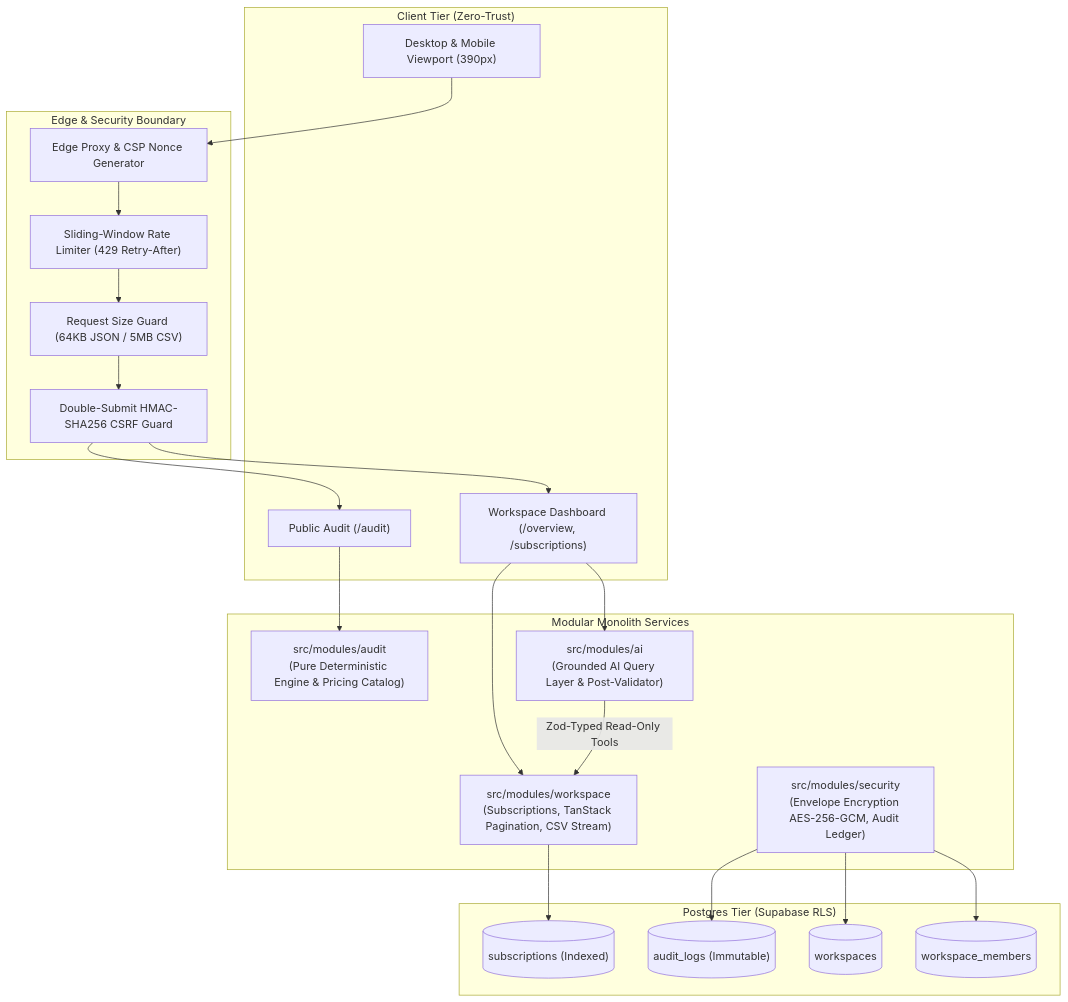
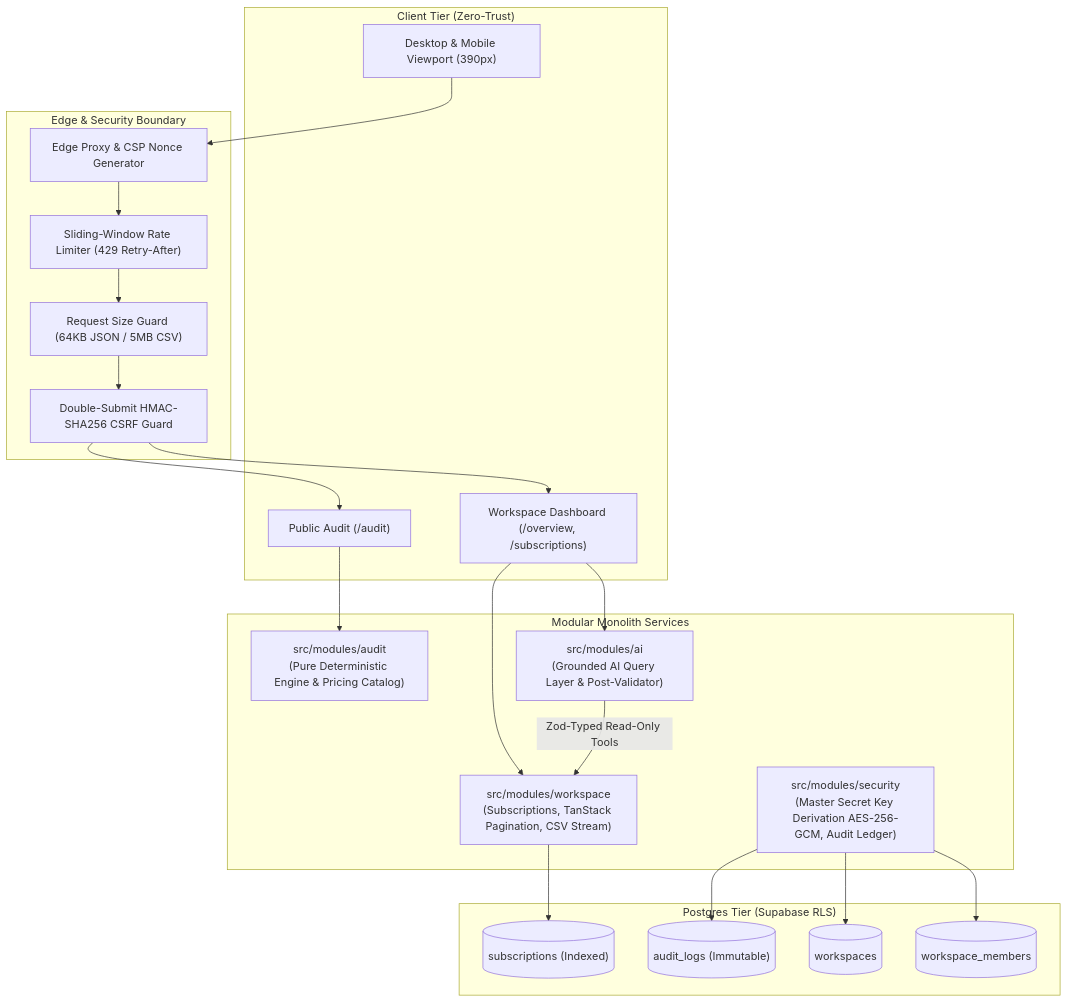
The diagram in README.md (Anubhav-sharma-07/credex-audit), drawn with Mermaid before and after one commit. The commit also changed other lines of this file and 29 other files, not shown here.

````diff
--- a/README.md
+++ b/README.md
@@ -36,42 +36,42 @@
 ```mermaid
 flowchart TD
     subgraph Client["Client Tier (Zero-Trust)"]
         Browser["Desktop & Mobile Viewport (390px)"]
         PublicAudit["Public Audit (/audit)"]
         WorkspaceApp["Workspace Dashboard (/overview, /subscriptions)"]
     end
 
     subgraph Security["Edge & Security Boundary"]
         Proxy["Edge Proxy & CSP Nonce Generator"]
         RateLimiter["Sliding-Window Rate Limiter (429 Retry-After)"]
         BodyValidator["Request Size Guard (64KB JSON / 5MB CSV)"]
         CSRF["Double-Submit HMAC-SHA256 CSRF Guard"]
     end
 
     subgraph Core["Modular Monolith Services"]
         AuditEngine["src/modules/audit<br/>(Pure Deterministic Engine & Pricing Catalog)"]
         WorkspaceService["src/modules/workspace<br/>(Subscriptions, TanStack Pagination, CSV Stream)"]
         AIService["src/modules/ai<br/>(Grounded AI Query Layer & Post-Validator)"]
-        SecurityService["src/modules/security<br/>(Envelope Encryption AES-256-GCM, Audit Ledger)"]
+        SecurityService["src/modules/security<br/>(Master Secret Key Derivation AES-256-GCM, Audit Ledger)"]
     end
 
     subgraph Storage["Postgres Tier (Supabase RLS)"]
         DBWorkspaces[("workspaces")]
         DBMembers[("workspace_members")]
         DBSubscriptions[("subscriptions (Indexed)")]
         DBAuditLogs[("audit_logs (Immutable)")]
     end
 
     Browser --> Proxy
     Proxy --> RateLimiter --> BodyValidator --> CSRF
     CSRF --> PublicAudit & WorkspaceApp
 
     PublicAudit --> AuditEngine
     WorkspaceApp --> WorkspaceService
     WorkspaceApp --> AIService
 
     AIService -->|Zod-Typed Read-Only Tools| WorkspaceService
     WorkspaceService --> DBSubscriptions
     SecurityService --> DBAuditLogs
     SecurityService --> DBWorkspaces & DBMembers
 ```
````
